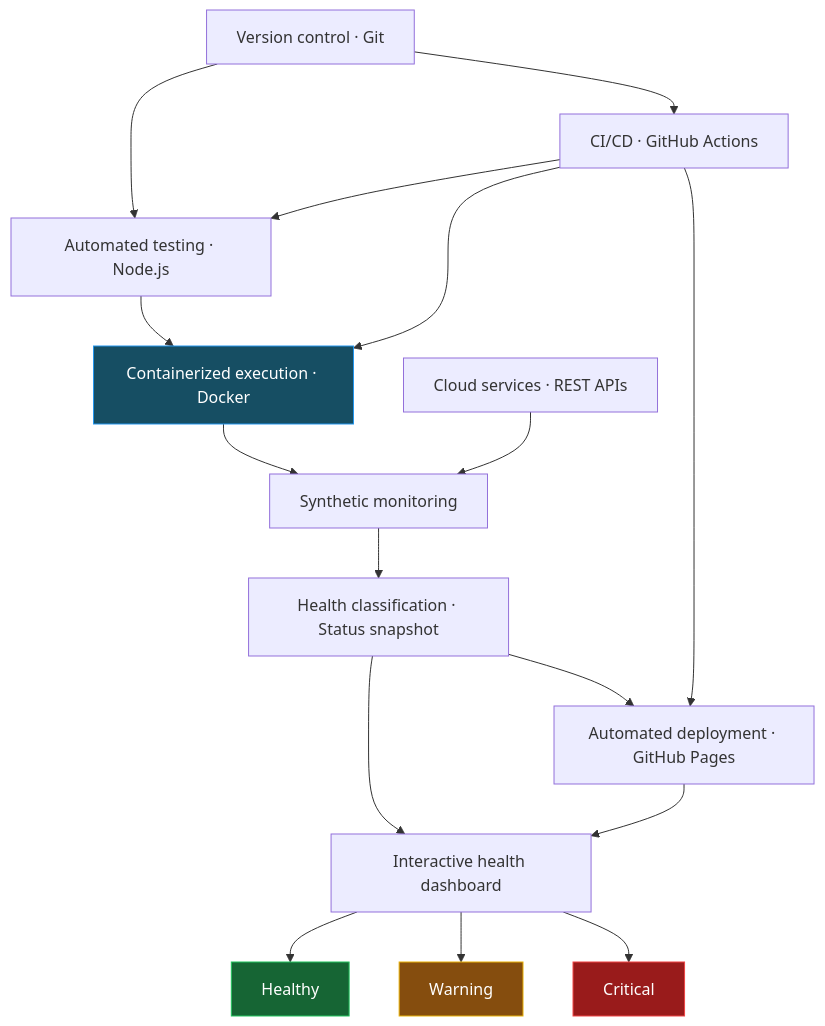
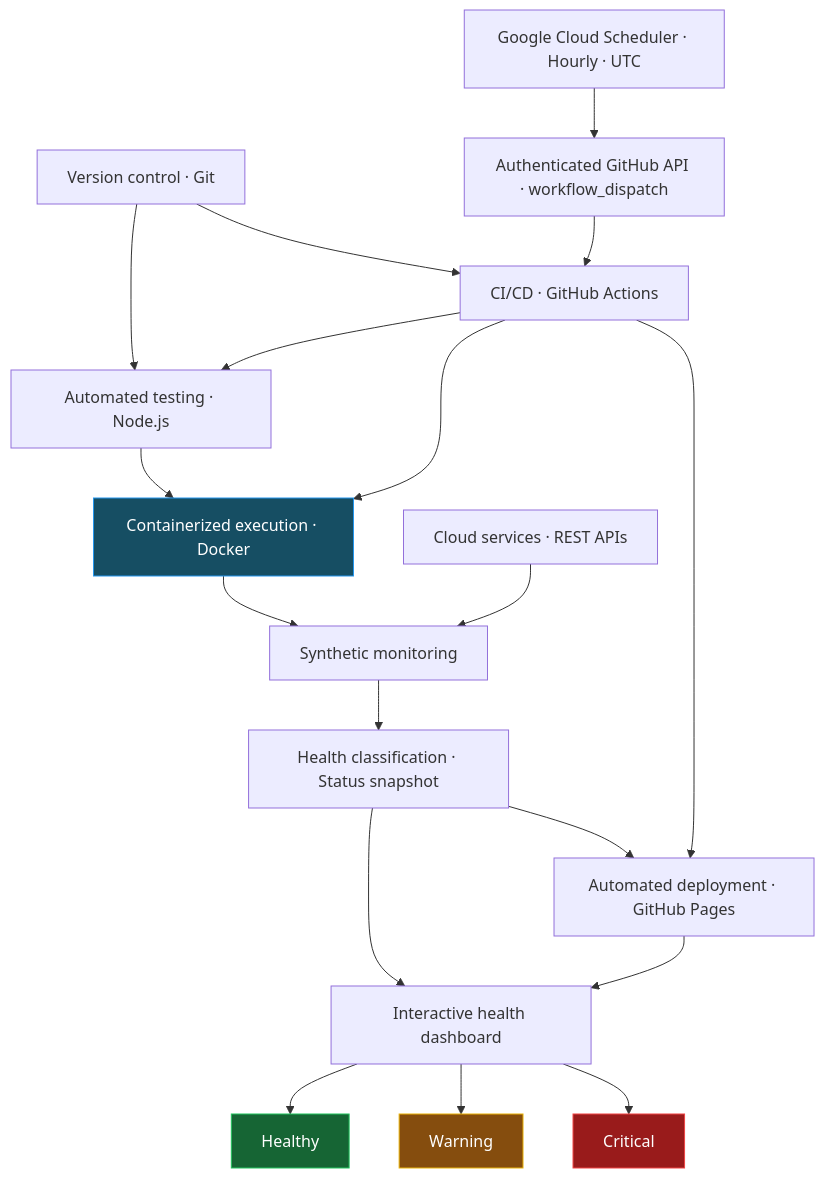
Before and after one commit to jeps0n/project-pulse: the diagram in README.md, drawn with Mermaid. The commit also changed other lines of this file and 2 other files, not shown here.

Commit message:
Migrate scheduling to Google Cloud

````diff
--- a/README.md
+++ b/README.md
@@ -36,20 +30,22 @@
 ```mermaid
 flowchart TD
     G["Version control · Git"] --> T["Automated testing · Node.js"]
     T --> D["Containerized execution · Docker"]
-    G --> A["CI/CD · GitHub Actions"]
+    Q["Google Cloud Scheduler · Hourly · UTC"] --> B["Authenticated GitHub API · workflow_dispatch"]
+    B --> A["CI/CD · GitHub Actions"]
+    G --> A
     A --> T
     A --> D
     C["Cloud services · REST APIs"] --> M["Synthetic monitoring"]
     D --> M
     M --> S["Health classification · Status snapshot"]
     S --> U["Interactive health dashboard"]
     A --> P["Automated deployment · GitHub Pages"]
     S --> P
     P --> U
     U --> H["Healthy"] & W["Warning"] & R["Critical"]
     style D fill:#164e63,color:#fff,stroke:#2496ed
     style H fill:#166534,color:#fff,stroke:#22c55e
     style W fill:#854d0e,color:#fff,stroke:#eab308
     style R fill:#991b1b,color:#fff,stroke:#ef4444
 ```
````
